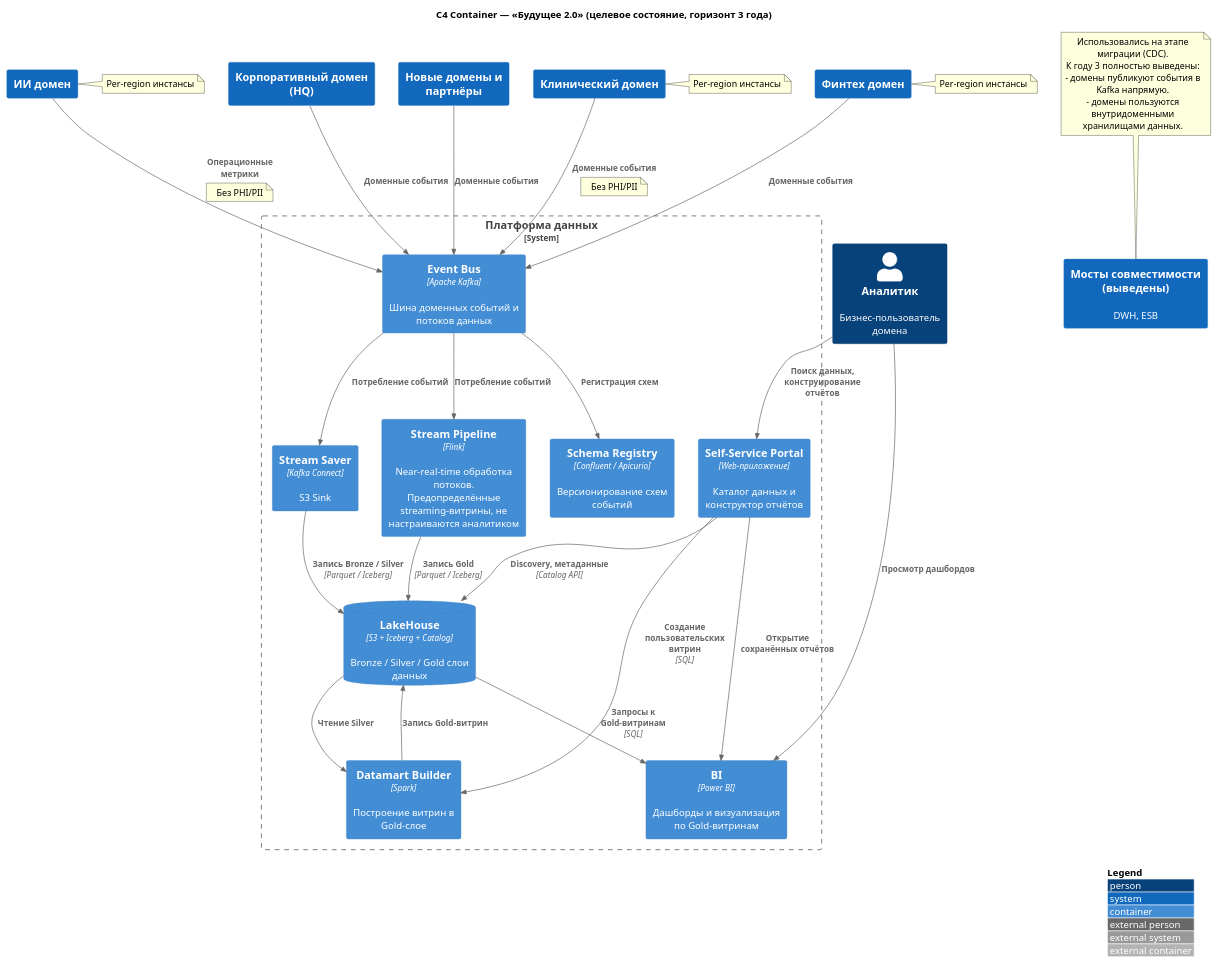
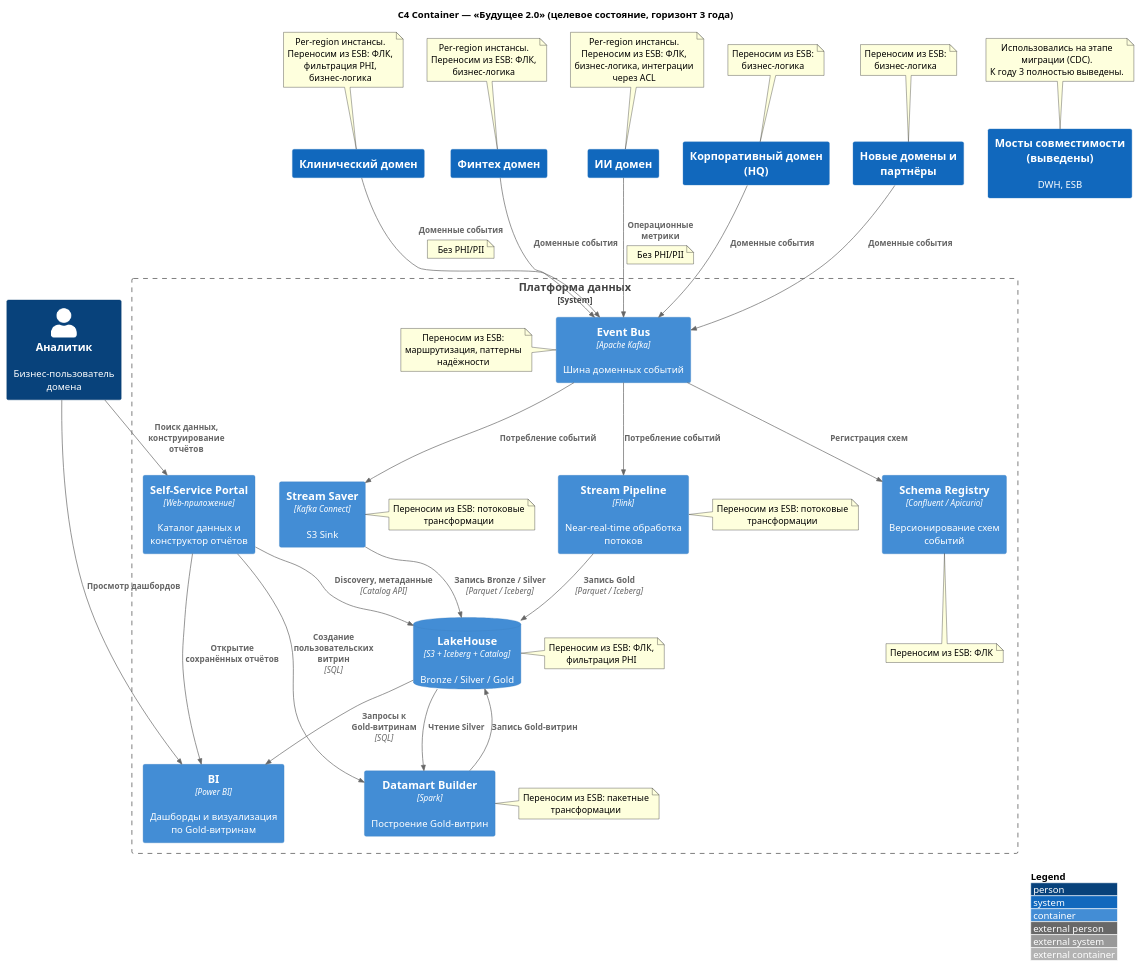
One commit to oleg088097/architecture-future_2_0 changed the diagram in task3/c4_container.puml. Above: the diagram before and after it, drawn with PlantUML. The commit also changed 1 other file, not shown here.

```diff
--- a/task3/c4_container.puml
+++ b/task3/c4_container.puml
@@ -1,88 +1,118 @@
 @startuml
 !include https://raw.githubusercontent.com/plantuml-stdlib/C4-PlantUML/master/C4_Container.puml
 
 LAYOUT_WITH_LEGEND()
 
 title C4 Container — «Будущее 2.0» (целевое состояние, горизонт 3 года)
 
 Person(analyst, "Аналитик", "Бизнес-пользователь домена")
 
 System(clinical, "Клинический домен")
-note right of clinical
-    Per-region инстансы
+note top of clinical
+    Per-region инстансы.
+    Переносим из ESB: ФЛК, фильтрация PHI, бизнес-логика
 end note
 
 System(fintech, "Финтех домен")
-note right of fintech
-    Per-region инстансы
+note top of fintech
+    Per-region инстансы.
+    Переносим из ESB: ФЛК, бизнес-логика
 end note
 
 System(ai, "ИИ домен")
-note right of ai
-    Per-region инстансы
+note top of ai
+    Per-region инстансы.
+    Переносим из ESB: ФЛК, бизнес-логика, интеграции через ACL
 end note
 
 System(corp, "Корпоративный домен (HQ)")
+note top of corp
+    Переносим из ESB: бизнес-логика
+end note
 
 System(new, "Новые домены и партнёры")
+note top of new
+    Переносим из ESB: бизнес-логика
+end note
 
 System(legacy, "Мосты совместимости (выведены)", "DWH, ESB")
 note top of legacy
     Использовались на этапе миграции (CDC).
-    К году 3 полностью выведены:
-    - домены публикуют события в Kafka напрямую.
-    - домены пользуются внутридоменными хранилищами данных.
+    К году 3 полностью выведены.
 end note
 
 System_Boundary(platform, "Платформа данных") {
-    Container(kafka, "Event Bus", "Apache Kafka", "Шина доменных событий и потоков данных")
+    Container(kafka, "Event Bus", "Apache Kafka", "Шина доменных событий")
+    note left of kafka
+        Переносим из ESB: маршрутизация, паттерны надёжности
+    end note
     Container(registry, "Schema Registry", "Confluent / Apicurio", "Версионирование схем событий")
+    note bottom of registry
+        Переносим из ESB: ФЛК
+    end note
 
     Container(saver, "Stream Saver", "Kafka Connect", "S3 Sink")
-    Container(stream, "Stream Pipeline", "Flink", "Near-real-time обработка потоков. Предопределённые streaming-витрины, не настраиваются аналитиком")
+    note right of saver
+        Переносим из ESB: потоковые трансформации
+    end note
 
-    ContainerDb(lakehouse, "LakeHouse", "S3 + Iceberg + Catalog", "Bronze / Silver / Gold слои данных")
-    Container(martBuilder, "Datamart Builder", "Spark", "Построение витрин в Gold-слое")
+    Container(stream, "Stream Pipeline", "Flink", "Near-real-time обработка потоков")
+    note right of stream
+        Переносим из ESB: потоковые трансформации
+    end note
+
+    ContainerDb(lakehouse, "LakeHouse", "S3 + Iceberg + Catalog", "Bronze / Silver / Gold")
+    note right of lakehouse
+        Переносим из ESB: ФЛК, фильтрация PHI
+    end note
+
+    Container(martBuilder, "Datamart Builder", "Spark", "Построение Gold-витрин")
+    note right of martBuilder
+        Переносим из ESB: пакетные трансформации
+    end note
 
     Container(portal, "Self-Service Portal", "Web-приложение", "Каталог данных и конструктор отчётов")
     Container(bi, "BI", "Power BI", "Дашборды и визуализация по Gold-витринам")
 }
+
+
+
 
 ' --- Domains ---
 Rel(clinical, kafka, "Доменные события")
 note on link
     Без PHI/PII
 end note
 
 Rel(fintech, kafka, "Доменные события")
 
 Rel(ai, kafka, "Операционные метрики")
 note on link
     Без PHI/PII
 end note
 
 Rel(corp, kafka, "Доменные события")
 Rel(new, kafka, "Доменные события")
 
 ' --- Event platform ---
 Rel(kafka, registry, "Регистрация схем")
 
 Rel(kafka, saver, "Потребление событий")
 Rel(saver, lakehouse, "Запись Bronze / Silver", "Parquet / Iceberg")
 
 Rel(kafka, stream, "Потребление событий")
 Rel(stream, lakehouse, "Запись Gold", "Parquet / Iceberg")
 
 ' --- Datamarts ---
 Rel(lakehouse, martBuilder, "Чтение Silver")
 Rel(martBuilder, lakehouse, "Запись Gold-витрин")
 Rel(portal, martBuilder, "Создание пользовательских витрин", "SQL")
 
 ' --- Analytics consumption ---
 Rel(portal, lakehouse, "Discovery, метаданные", "Catalog API")
 Rel(lakehouse, bi, "Запросы к Gold-витринам", "SQL")
 Rel(analyst, portal, "Поиск данных, конструирование отчётов")
 Rel(analyst, bi, "Просмотр дашбордов")
 Rel(portal, bi, "Открытие сохранённых отчётов")
 
 @enduml
```
